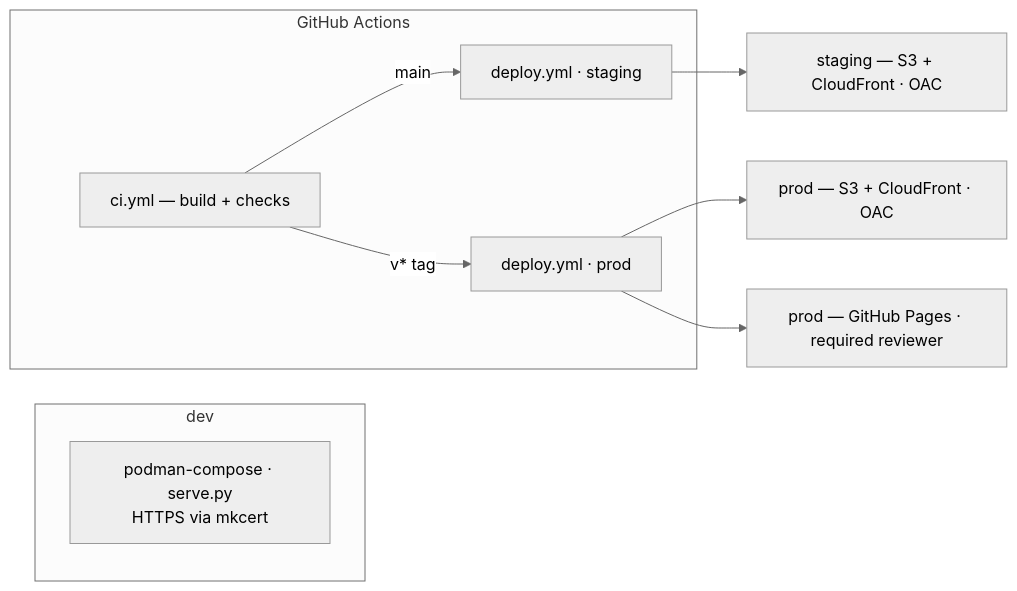
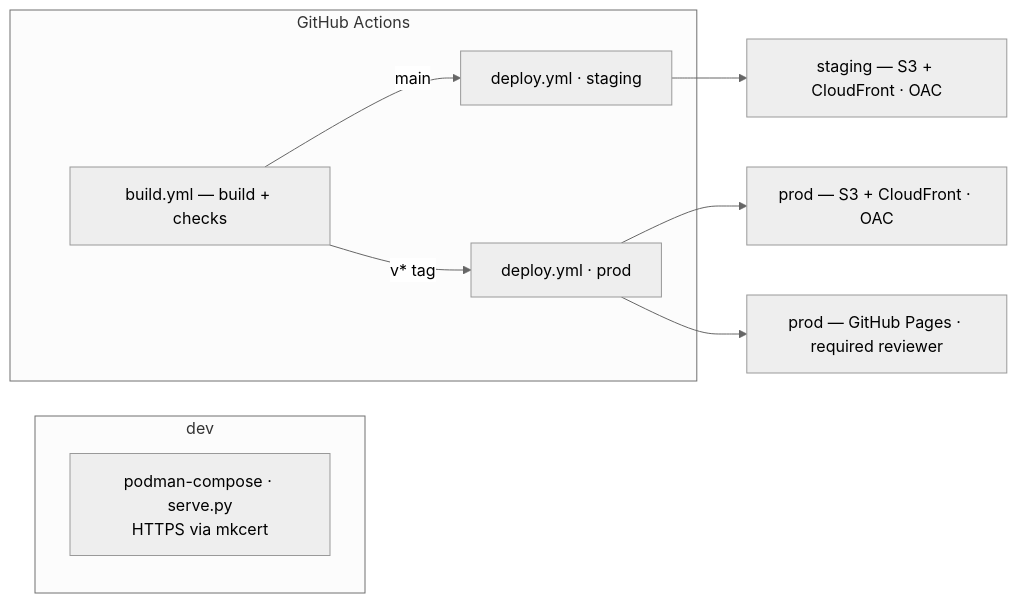
Before and after one commit to mathewmusango/my-portfolio: the first of 4 diagrams in docs/en/atlas/platform-architecture.md, drawn with Mermaid (neutral theme). The commit also changed other lines of this file and 11 other files, not shown here.

First line of the commit message:
ci: rename the build workflow ci.yml to build.yml (#138)

````diff
--- a/docs/en/atlas/platform-architecture.md
+++ b/docs/en/atlas/platform-architecture.md
@@ -20,13 +20,13 @@
 ```mermaid
 flowchart LR
     subgraph Local[dev]
         DEV[podman-compose · serve.py<br/>HTTPS via mkcert]
     end
     subgraph GHA[GitHub Actions]
-        B[ci.yml — build + checks] -->|main| DS[deploy.yml · staging]
+        B[build.yml — build + checks] -->|main| DS[deploy.yml · staging]
         B -->|v* tag| DP[deploy.yml · prod]
     end
     DS --> STG[staging — S3 + CloudFront · OAC]
     DP --> PAWS[prod — S3 + CloudFront · OAC]
     DP --> PPAGES[prod — GitHub Pages · required reviewer]
 ```
````
